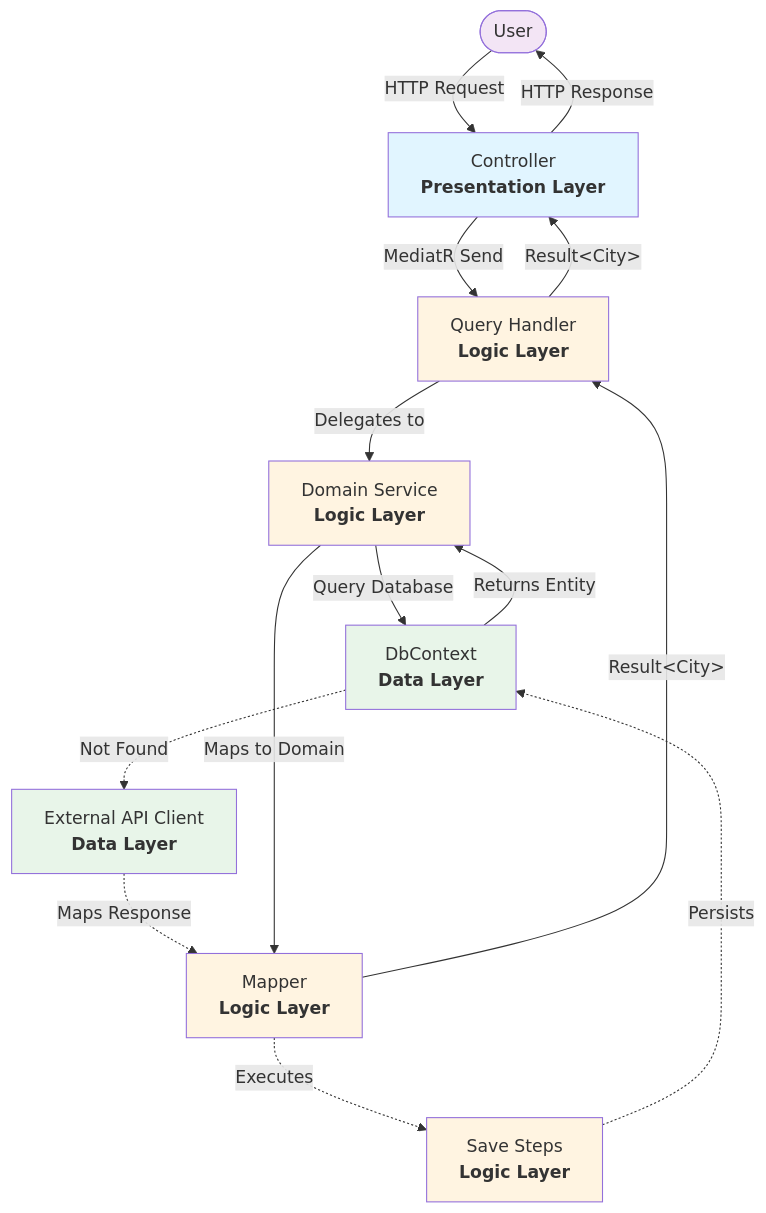
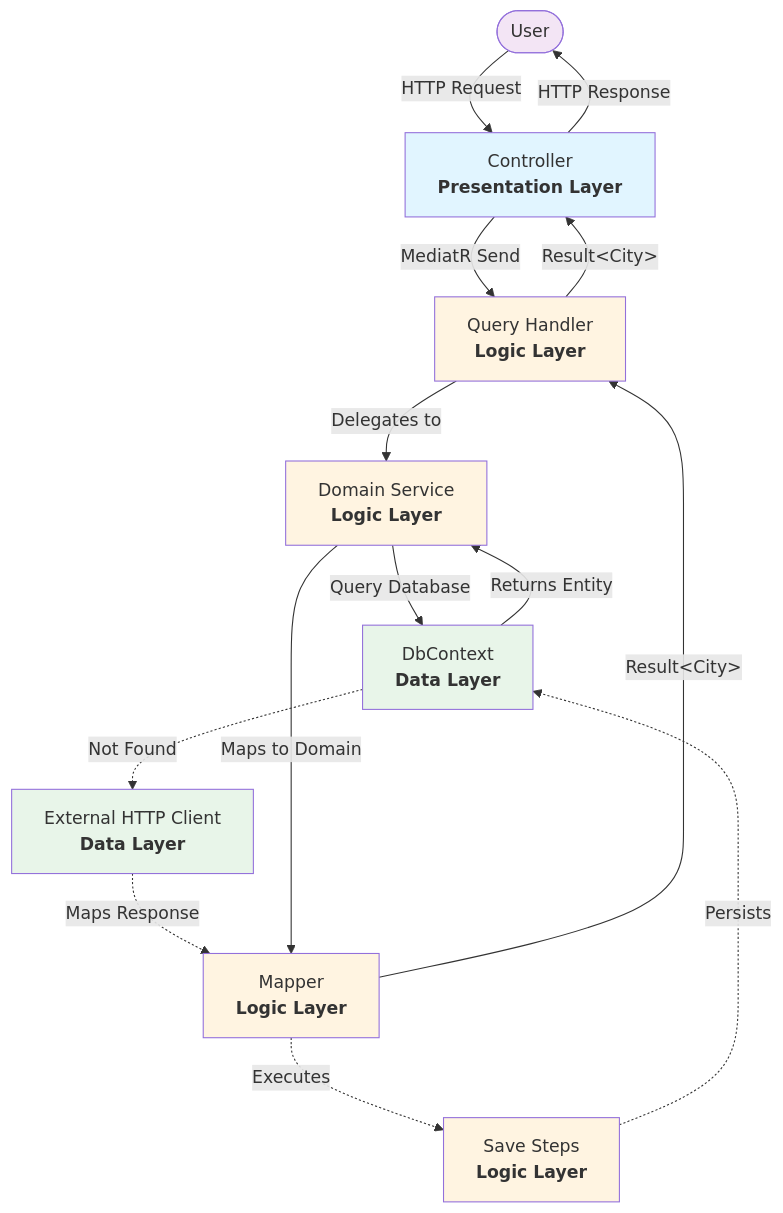
Before and after one commit to AdrianStrugala/SolTechnology.Core: the first of 3 diagrams in docs/theDesign.md, drawn with Mermaid. The commit also changed other lines of this file and 111 other files, not shown here.

````diff
--- a/docs/theDesign.md
+++ b/docs/theDesign.md
@@ -513,34 +513,34 @@
 ```mermaid
 graph TB
     User([User])
     Controller[Controller<br/><b>Presentation Layer</b>]
     QueryHandler[Query Handler<br/><b>Logic Layer</b>]
     DomainService[Domain Service<br/><b>Logic Layer</b>]
     DbContext[DbContext<br/><b>Data Layer</b>]
-    ApiClient[External API Client<br/><b>Data Layer</b>]
+    HTTPClient[External HTTP Client<br/><b>Data Layer</b>]
     Mapper[Mapper<br/><b>Logic Layer</b>]
     SaveSteps[Save Steps<br/><b>Logic Layer</b>]
 
     User -->|HTTP Request| Controller
     Controller -->|MediatR Send| QueryHandler
     QueryHandler -->|Delegates to| DomainService
     DomainService -->|Query Database| DbContext
-    DbContext -.->|Not Found| ApiClient
-    ApiClient -.->|Maps Response| Mapper
+    DbContext -.->|Not Found| HTTPClient
+    HTTPClient -.->|Maps Response| Mapper
     Mapper -.->|Executes| SaveSteps
     SaveSteps -.->|Persists| DbContext
     DbContext -->|Returns Entity| DomainService
     DomainService -->|Maps to Domain| Mapper
     Mapper -->|Result&lt;City&gt;| QueryHandler
     QueryHandler -->|Result&lt;City&gt;| Controller
     Controller -->|HTTP Response| User
 
     style Controller fill:#e1f5ff
     style QueryHandler fill:#fff4e1
     style DomainService fill:#fff4e1
     style Mapper fill:#fff4e1
     style SaveSteps fill:#fff4e1
     style DbContext fill:#e8f5e9
-    style ApiClient fill:#e8f5e9
+    style HTTPClient fill:#e8f5e9
     style User fill:#f3e5f5
 ```
````
